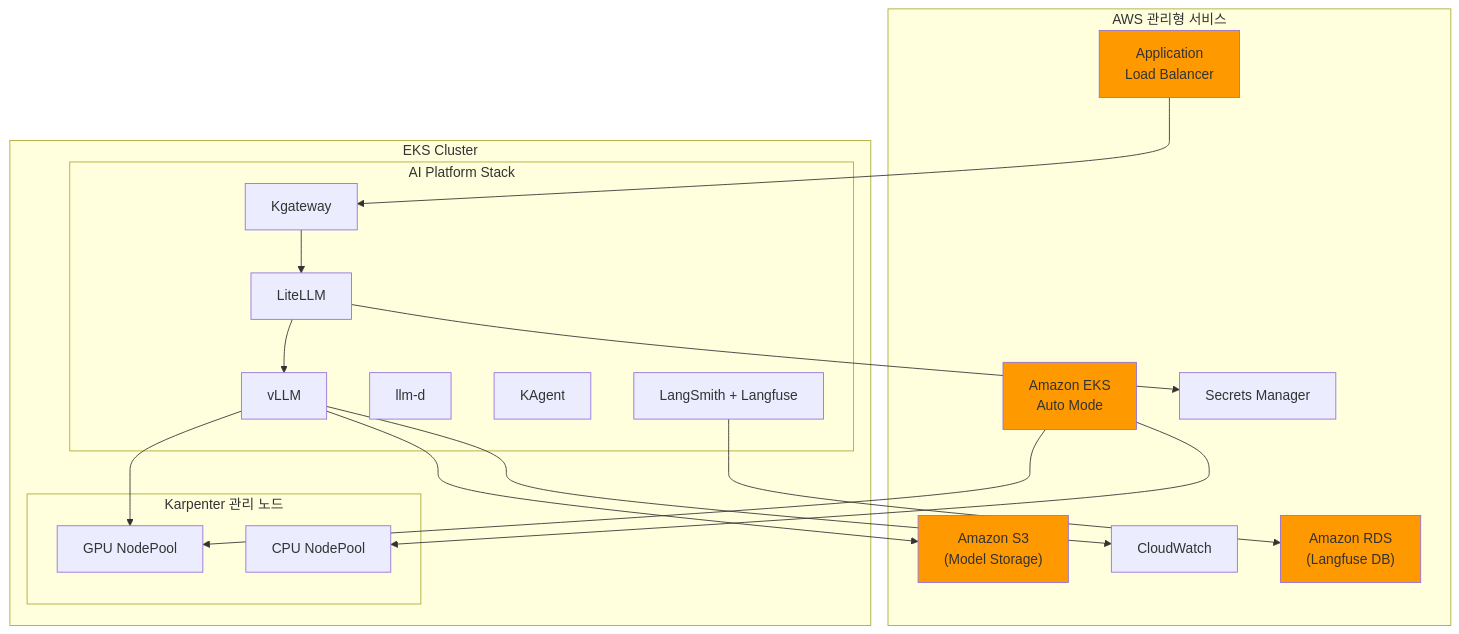
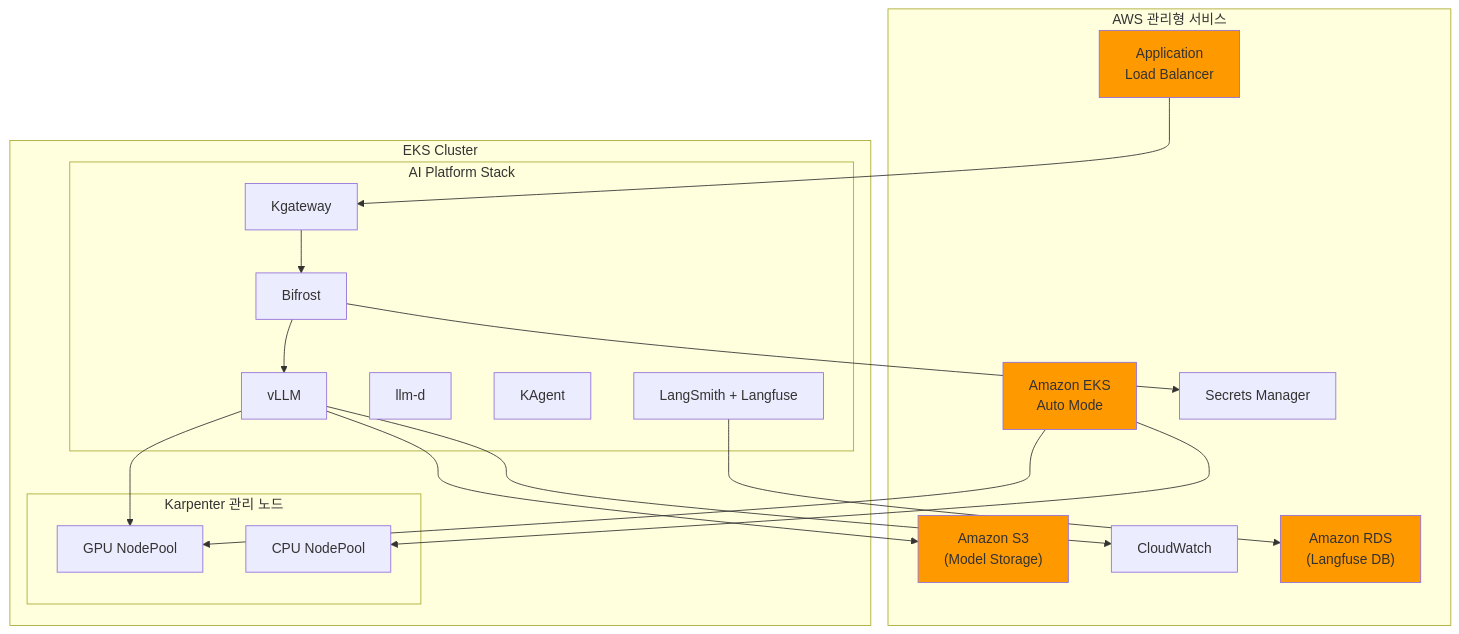
One commit to devfloor9/engineering-playbook changed diagram 11 of 17 in docs/agentic-ai-platform/design-architecture/agentic-ai-solutions-eks.md. Above: the diagram before and after it, drawn with Mermaid. The commit also changed other lines of this file and 13 other files, not shown here.

First line of the commit message:
docs: LLM Router 기본 전환 — Bifrost (primary) + LiteLLM (alternative)

````diff
--- a/docs/agentic-ai-platform/design-architecture/agentic-ai-solutions-eks.md
+++ b/docs/agentic-ai-platform/design-architecture/agentic-ai-solutions-eks.md
@@ -2016,41 +2016,41 @@
 ```mermaid
 graph TB
     subgraph "AWS 관리형 서비스"
         EKS["Amazon EKS<br/>Auto Mode"]
         ALB["Application<br/>Load Balancer"]
         RDS["Amazon RDS<br/>(Langfuse DB)"]
         S3["Amazon S3<br/>(Model Storage)"]
         SM["Secrets Manager"]
         CW["CloudWatch"]
     end
 
     subgraph "EKS Cluster"
         subgraph "Karpenter 관리 노드"
             GPU["GPU NodePool"]
             CPU["CPU NodePool"]
         end
 
         subgraph "AI Platform Stack"
             KGW["Kgateway"]
-            LITE["LiteLLM"]
+            LITE["Bifrost"]
             VLLM["vLLM"]
             LLMD["llm-d"]
             KAGENT["KAgent"]
             LF["LangSmith + Langfuse"]
         end
     end
 
     EKS --> GPU & CPU
     ALB --> KGW
     KGW --> LITE --> VLLM
     VLLM --> GPU
     LF --> RDS
     VLLM --> S3
     LITE --> SM
     VLLM --> CW
 
     style EKS fill:#ff9900
     style ALB fill:#ff9900
     style RDS fill:#ff9900
     style S3 fill:#ff9900
 ```
````
